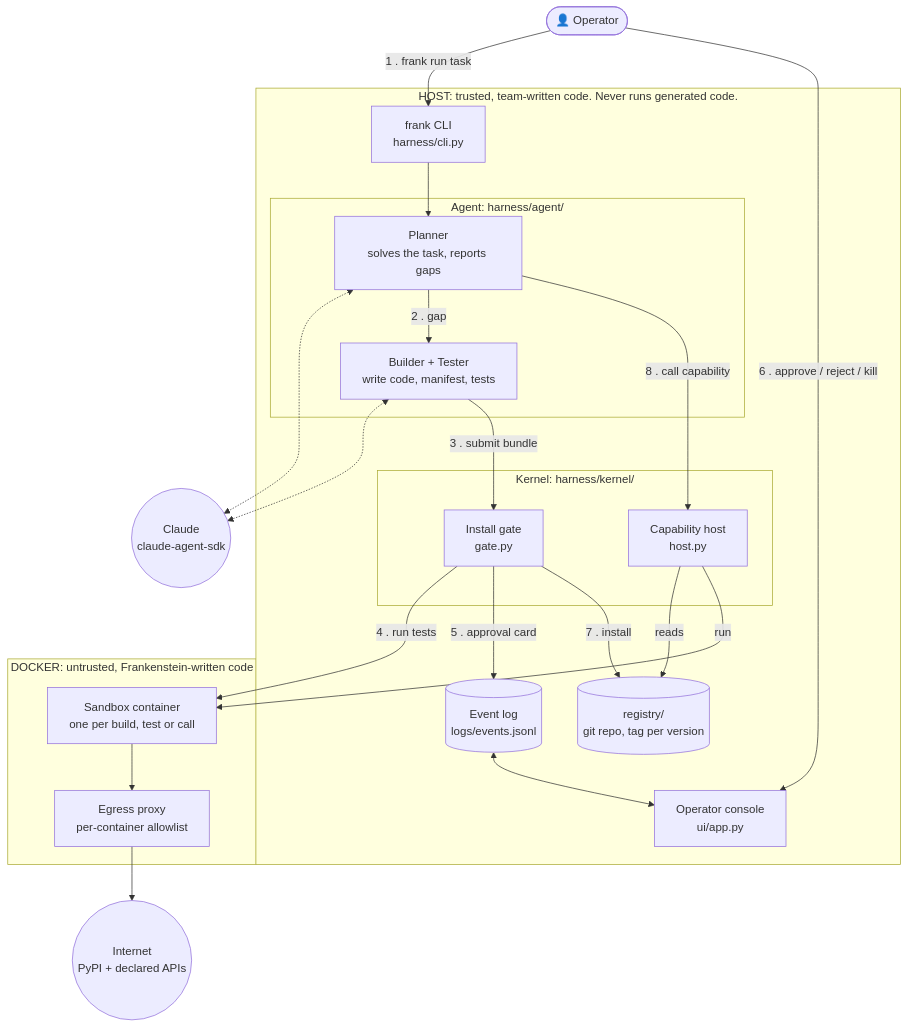
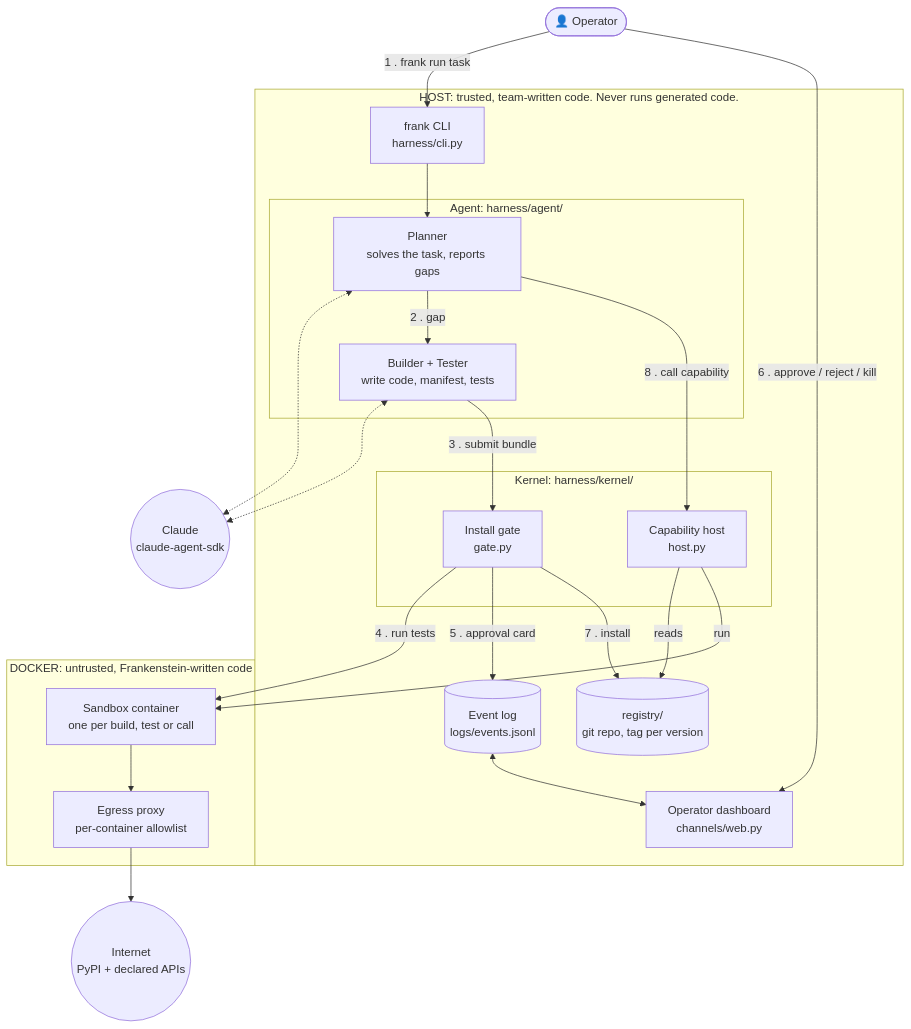
Before and after one commit to mikeholiday-dev/vwd_frankenstein: the first of 4 diagrams in docs/ARCHITECTURE.md, drawn with Mermaid. The commit also changed other lines of this file and 21 other files, not shown here.

First line of the commit message:
Merge the operator console into the dashboard and drop ui/

````diff
--- a/docs/ARCHITECTURE.md
+++ b/docs/ARCHITECTURE.md
@@ -13,46 +13,46 @@
 ```mermaid
 flowchart TB
     operator(["👤 Operator"])
 
     subgraph HOST["HOST: trusted, team-written code. Never runs generated code."]
         cli["frank CLI<br/>harness/cli.py"]
-        ui["Operator console<br/>ui/app.py"]
+        ui["Operator dashboard<br/>channels/web.py"]
 
         subgraph AGENT["Agent: harness/agent/"]
             planner["Planner<br/>solves the task, reports gaps"]
             builder["Builder + Tester<br/>write code, manifest, tests"]
         end
 
         subgraph KERNEL["Kernel: harness/kernel/"]
             host["Capability host<br/>host.py"]
             gate["Install gate<br/>gate.py"]
         end
 
         log[("Event log<br/>logs/events.jsonl")]
         registry[("registry/<br/>git repo, tag per version")]
     end
 
     subgraph DOCKER["DOCKER: untrusted, Frankenstein-written code"]
         sandbox["Sandbox container<br/>one per build, test or call"]
         proxy["Egress proxy<br/>per-container allowlist"]
     end
 
     claude(("Claude<br/>claude-agent-sdk"))
     internet(("Internet<br/>PyPI + declared APIs"))
 
     operator -- "1 . frank run task" --> cli
     cli --> planner
     planner <-.-> claude
     builder <-.-> claude
     planner -- "2 . gap" --> builder
     builder -- "3 . submit bundle" --> gate
     gate -- "4 . run tests" --> sandbox
     gate -- "5 . approval card" --> log
     log <--> ui
     operator -- "6 . approve / reject / kill" --> ui
     gate -- "7 . install" --> registry
     planner -- "8 . call capability" --> host
     host -- "reads" --> registry
     host -- "run" --> sandbox
     sandbox --> proxy --> internet
 ```
````
